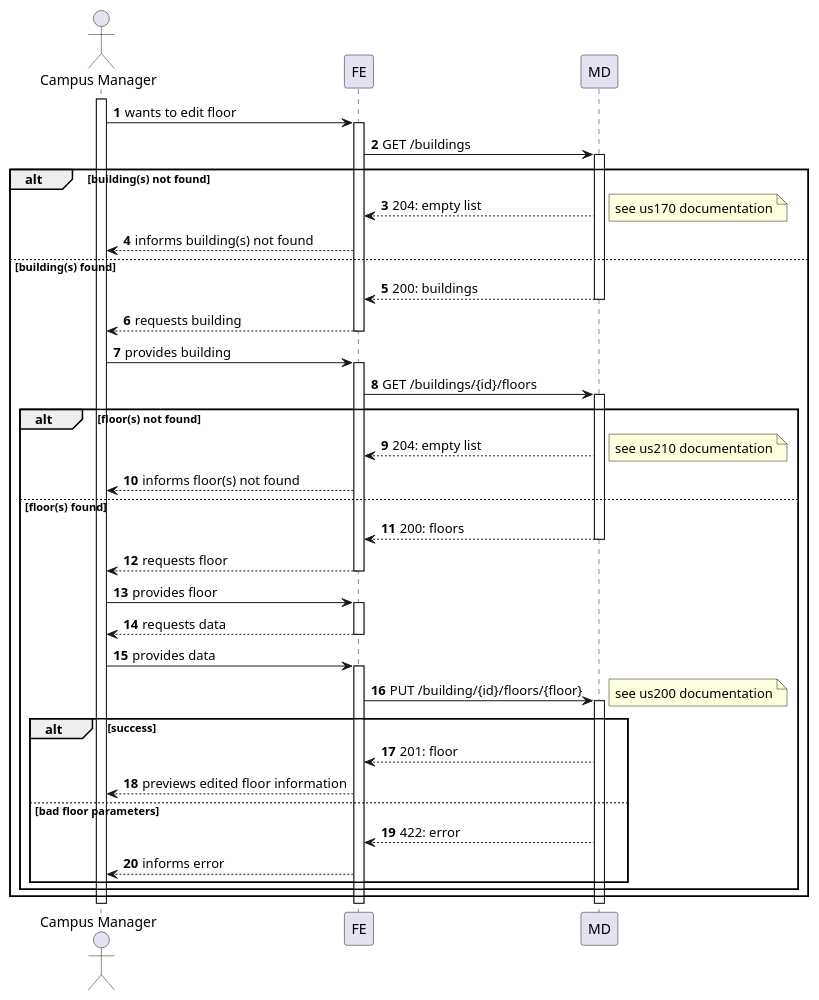
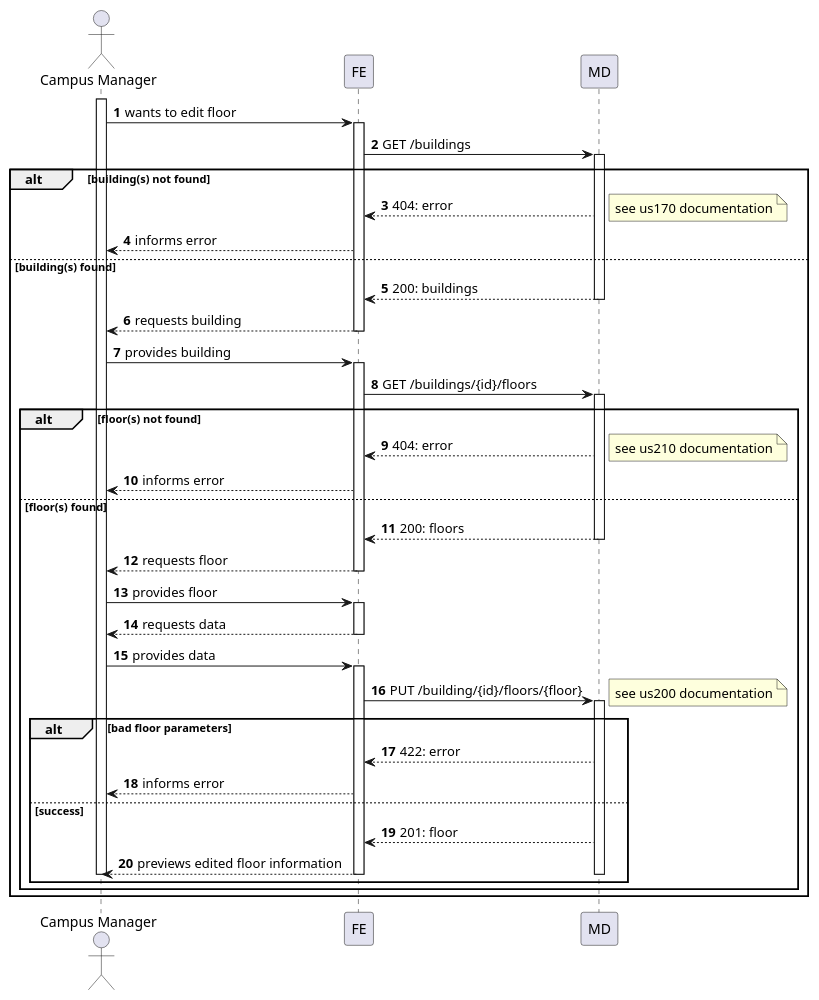
One commit to Departamento-de-Engenharia-Informatica/lapr5-23-24-g19 changed the diagram in docs/us1110/level2/process-view-put.puml. Above: the diagram before and after it, drawn with PlantUML. The commit also changed 11 other files, not shown here.

```diff
--- a/docs/us1110/level2/process-view-put.puml
+++ b/docs/us1110/level2/process-view-put.puml
@@ -1,61 +1,59 @@
 @startuml
 autonumber
 
 actor "Campus Manager" as usr
 
 participant "FE" as ui
 
 participant "MD" as md
 
 activate usr
-usr -> ui : wants to edit floor
+    usr -> ui : wants to edit floor
     activate ui
         ui -> md : GET /buildings
-        alt building(s) not found
-            activate md
-                md --> ui : 204: empty list
-                note right : see us170 documentation
-                ui --> usr : informs building(s) not found
-        else building(s) found
-                md --> ui : 200: buildings
-            deactivate md
-            ui --> usr : requests building
-        deactivate ui
+alt building(s) not found
+        activate md
+            md --> ui : 404: error
+            note right : see us170 documentation
+            ui --> usr : informs error
+else building(s) found
+            md --> ui : 200: buildings
+        deactivate md
+        ui --> usr : requests building
+    deactivate ui
 
-        usr -> ui : provides building
-        activate ui
-            ui -> md : GET /buildings/{id}/floors
-            alt floor(s) not found
-                activate md
-                md --> ui : 204: empty list
-                note right : see us210 documentation
-                ui --> usr : informs floor(s) not found
-            else floor(s) found
-                md --> ui : 200: floors
-            deactivate md
-            ui --> usr : requests floor
-            deactivate ui
-
-            usr -> ui : provides floor
-            activate ui
-            ui --> usr : requests data
-        deactivate ui
-
-        usr -> ui : provides data
-        activate ui
-            ui -> md : PUT /building/{id}/floors/{floor}
-            activate md
+    usr -> ui : provides building
+    activate ui
+        ui -> md : GET /buildings/{id}/floors
+alt floor(s) not found
+        activate md
+            md --> ui : 404: error
+            note right : see us210 documentation
+            ui --> usr : informs error
+else floor(s) found
+            md --> ui : 200: floors
+        deactivate md
+        ui --> usr : requests floor
+    deactivate ui
+    usr -> ui : provides floor
+    activate ui
+        ui --> usr : requests data
+    deactivate ui
+    usr -> ui : provides data
+    activate ui
+        ui -> md : PUT /building/{id}/floors/{floor}
+        activate md
             note right : see us200 documentation
-                alt success
-                    md --> ui : 201: floor
-                    ui --> usr : previews edited floor information
-                else bad floor parameters
-                    md --> ui : 422: error
-                    ui --> usr : informs error
-                end
-        end
-    end
+alt bad floor parameters
+            md --> ui : 422: error
+            ui --> usr : informs error
+else success
+            md --> ui : 201: floor
+            ui --> usr : previews edited floor information
         deactivate md
     deactivate ui
 deactivate usr
+end
+end
+end
 @enduml
```
